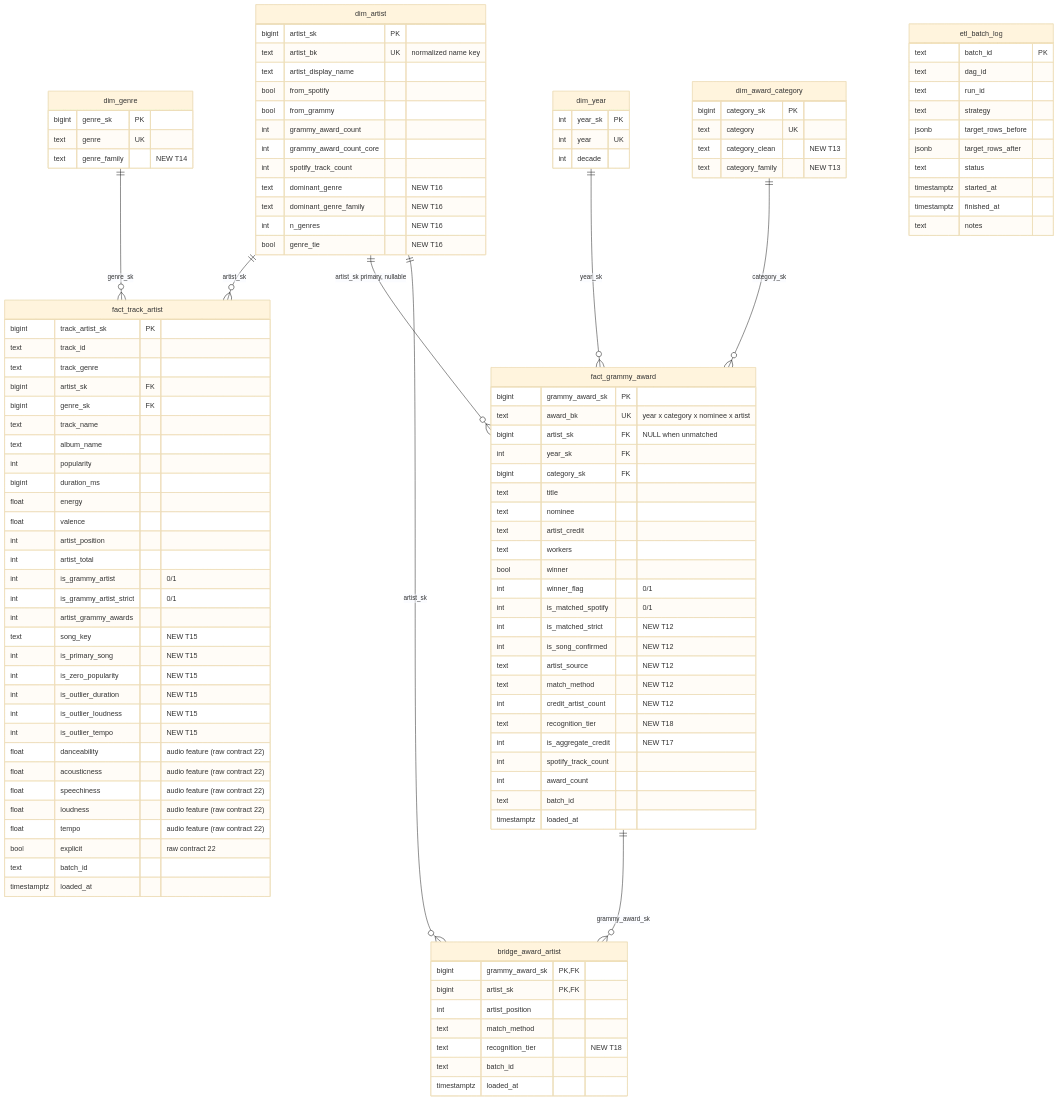
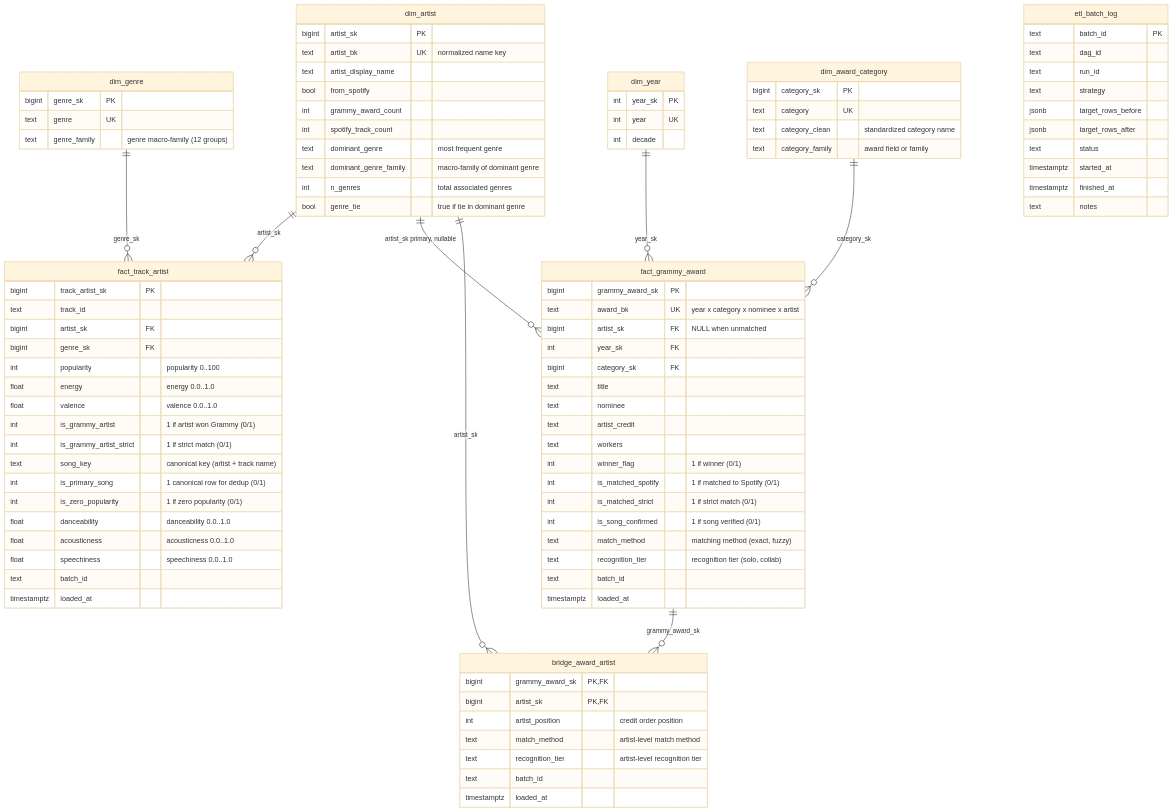
One commit to driosoft-pro/Workshop-2 changed the diagram in README.md. Above: the diagram before and after it, drawn with Mermaid (base theme). The commit also changed other lines of this file and 6 other files, not shown here.

Commit message:
docs(model): limpiar anotaciones del diagrama er y documentar auditoria dimensional

```diff
--- a/README.md
+++ b/README.md
@@ -222,19 +222,17 @@
         text artist_bk UK "normalized name key"
         text artist_display_name
         bool from_spotify
-        bool from_grammy
         int grammy_award_count
-        int grammy_award_count_core
         int spotify_track_count
-        text dominant_genre "NEW T16"
-        text dominant_genre_family "NEW T16"
-        int n_genres "NEW T16"
-        bool genre_tie "NEW T16"
+        text dominant_genre "most frequent genre"
+        text dominant_genre_family "macro-family of dominant genre"
+        int n_genres "total associated genres"
+        bool genre_tie "true if tie in dominant genre"
     }
     dim_genre {
         bigint genre_sk PK
         text genre UK
-        text genre_family "NEW T14"
+        text genre_family "genre macro-family (12 groups)"
     }
     dim_year {
         int year_sk PK
@@ -244,38 +242,25 @@
     dim_award_category {
         bigint category_sk PK
         text category UK
-        text category_clean "NEW T13"
-        text category_family "NEW T13"
+        text category_clean "standardized category name"
+        text category_family "award field or family"
     }
     fact_track_artist {
         bigint track_artist_sk PK
         text track_id
-        text track_genre
         bigint artist_sk FK
         bigint genre_sk FK
-        text track_name
-        text album_name
-        int popularity
-        bigint duration_ms
-        float energy
-        float valence
-        int artist_position
-        int artist_total
-        int is_grammy_artist "0/1"
-        int is_grammy_artist_strict "0/1"
-        int artist_grammy_awards
-        text song_key "NEW T15"
-        int is_primary_song "NEW T15"
-        int is_zero_popularity "NEW T15"
-        int is_outlier_duration "NEW T15"
-        int is_outlier_loudness "NEW T15"
-        int is_outlier_tempo "NEW T15"
-        float danceability "audio feature (raw contract 22)"
-        float acousticness "audio feature (raw contract 22)"
-        float speechiness "audio feature (raw contract 22)"
-        float loudness "audio feature (raw contract 22)"
-        float tempo "audio feature (raw contract 22)"
-        bool explicit "raw contract 22"
+        int popularity "popularity 0..100"
+        float energy "energy 0.0..1.0"
+        float valence "valence 0.0..1.0"
+        int is_grammy_artist "1 if artist won Grammy (0/1)"
+        int is_grammy_artist_strict "1 if strict match (0/1)"
+        text song_key "canonical key (artist + track name)"
+        int is_primary_song "1 canonical row for dedup (0/1)"
+        int is_zero_popularity "1 if zero popularity (0/1)"
+        float danceability "danceability 0.0..1.0"
+        float acousticness "acousticness 0.0..1.0"
+        float speechiness "speechiness 0.0..1.0"
         text batch_id
         timestamptz loaded_at
     }
@@ -289,27 +274,21 @@
         text nominee
         text artist_credit
         text workers
-        bool winner
-        int winner_flag "0/1"
-        int is_matched_spotify "0/1"
-        int is_matched_strict "NEW T12"
-        int is_song_confirmed "NEW T12"
-        text artist_source "NEW T12"
-        text match_method "NEW T12"
-        int credit_artist_count "NEW T12"
-        text recognition_tier "NEW T18"
-        int is_aggregate_credit "NEW T17"
-        int spotify_track_count
-        int award_count
+        int winner_flag "1 if winner (0/1)"
+        int is_matched_spotify "1 if matched to Spotify (0/1)"
+        int is_matched_strict "1 if strict match (0/1)"
+        int is_song_confirmed "1 if song verified (0/1)"
+        text match_method "matching method (exact, fuzzy)"
+        text recognition_tier "recognition tier (solo, collab)"
         text batch_id
         timestamptz loaded_at
     }
     bridge_award_artist {
         bigint grammy_award_sk PK,FK
         bigint artist_sk PK,FK
-        int artist_position
-        text match_method
-        text recognition_tier "NEW T18"
+        int artist_position "credit order position"
+        text match_method "artist-level match method"
+        text recognition_tier "artist-level recognition tier"
         text batch_id
         timestamptz loaded_at
     }
```
